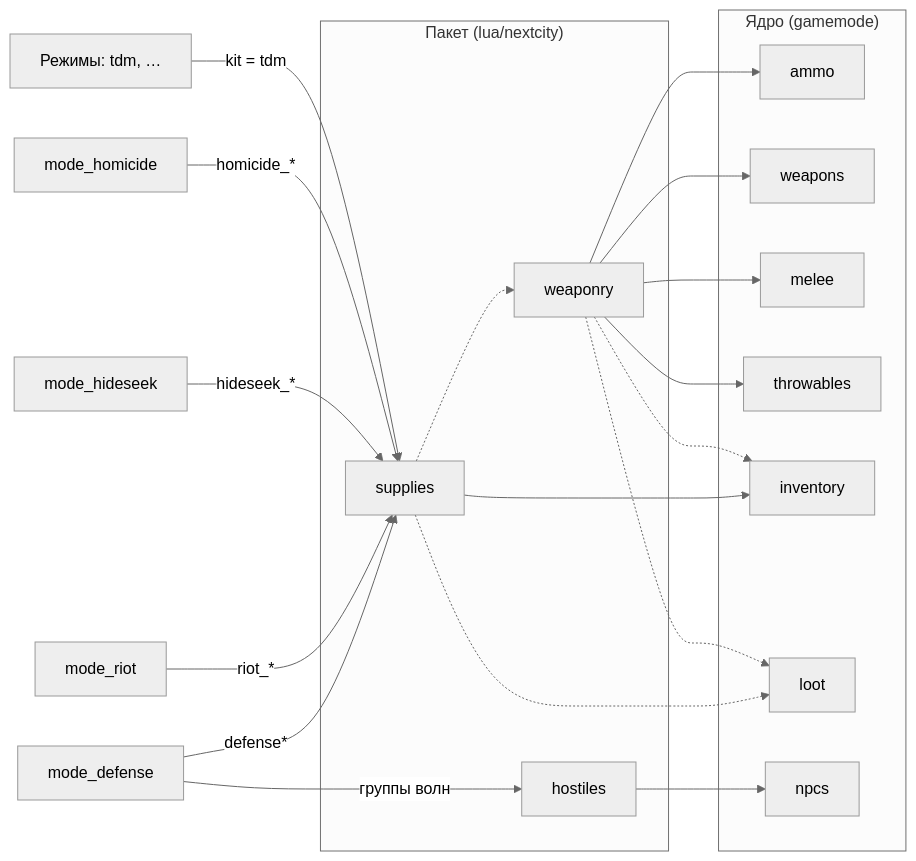
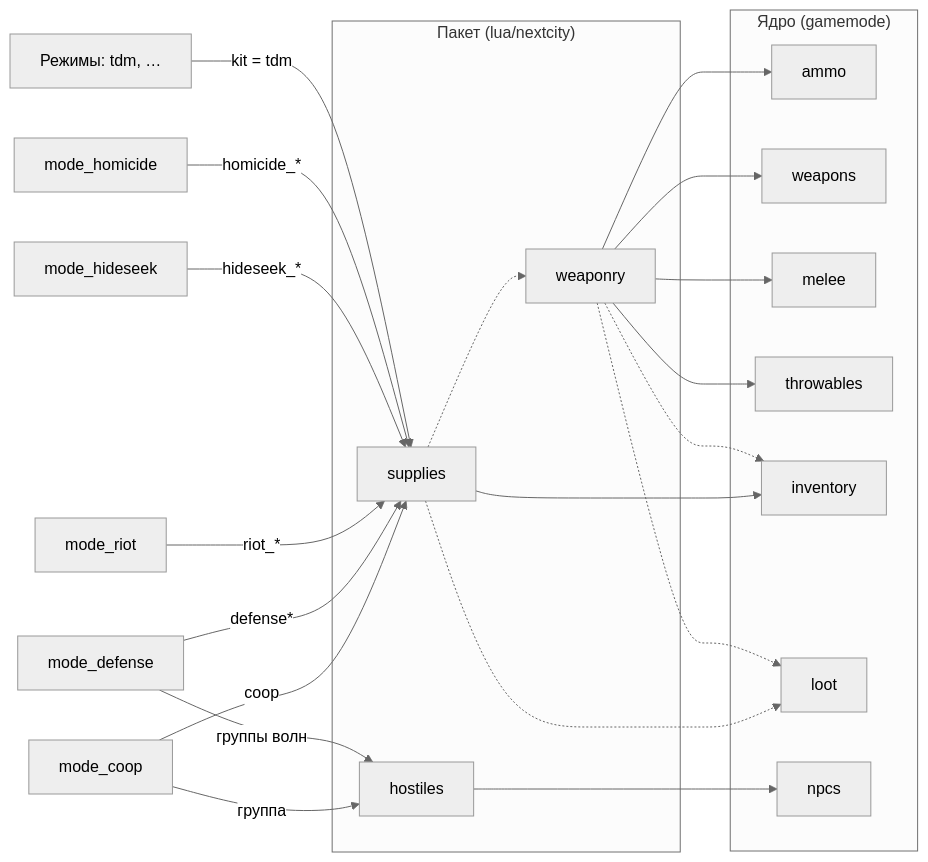
Before and after one commit to vovawees/Next-City: the diagram in lua/nextcity/README.md, drawn with Mermaid (neutral theme). The commit also changed other lines of this file and 14 other files, not shown here.

First line of the commit message:
feat(mode_coop): CO-OP clearing the map of creatures with shared lives

````diff
--- a/lua/nextcity/README.md
+++ b/lua/nextcity/README.md
@@ -29,19 +31,21 @@
 ```mermaid
 flowchart LR
 	subgraph core["Ядро (gamemode)"]
 		A[ammo] & W[weapons] & M[melee] & T[throwables] & I[inventory] & L[loot] & N[npcs]
 	end
 	subgraph pack["Пакет (lua/nextcity)"]
 		WY[weaponry] --> A & W & M & T
 		WY -.-> I & L
 		S[supplies] --> I
 		S -.-> L & WY
 		HO[hostiles] --> N
 	end
 	R["Режимы: tdm, …"] -- "kit = tdm" --> S
 	H[mode_homicide] -- "homicide_*" --> S
 	HS[mode_hideseek] -- "hideseek_*" --> S
 	RT[mode_riot] -- "riot_*" --> S
 	D[mode_defense] -- "defense*" --> S
 	D -- "группы волн" --> HO
+	C[mode_coop] -- "coop" --> S
+	C -- "группа" --> HO
 ```
````
